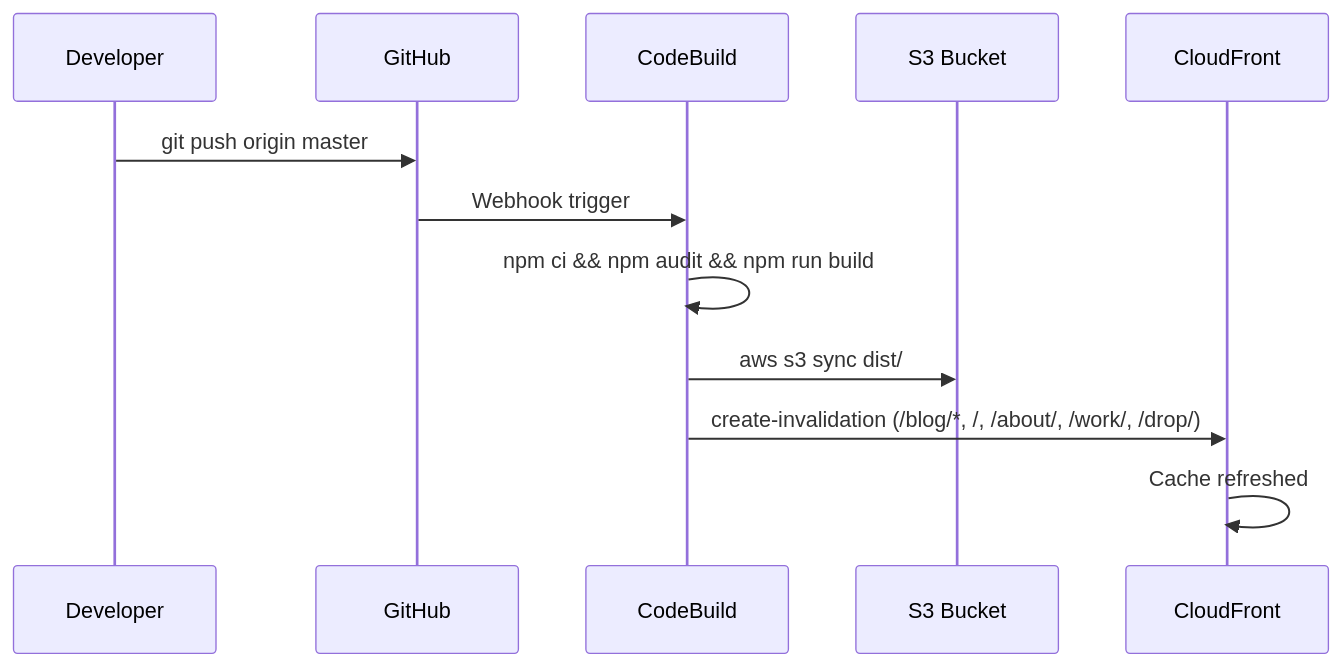
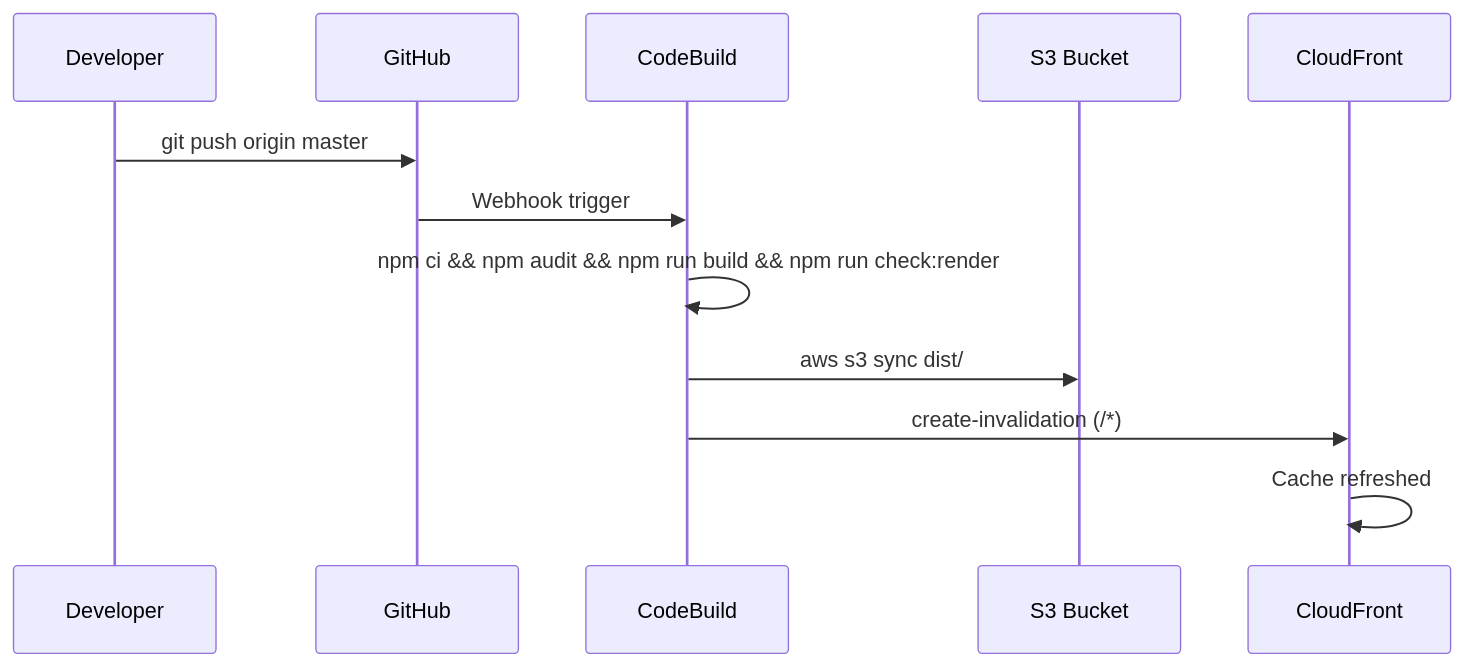
One commit to kzaky/khaledzaky.com changed the third of 5 diagrams in README.md. Above: the diagram before and after it, drawn with Mermaid. The commit also changed other lines of this file, not shown here.

Commit message:
docs(readme): current pipeline, costs, alarms; drop private page details

````diff
--- a/README.md
+++ b/README.md
@@ -160,15 +186,15 @@
 ```mermaid
 sequenceDiagram
     participant Dev as Developer
     participant GH as GitHub
     participant CB as CodeBuild
     participant S3 as S3 Bucket
     participant CF as CloudFront
 
     Dev->>GH: git push origin master
     GH->>CB: Webhook trigger
-    CB->>CB: npm ci && npm audit && npm run build
+    CB->>CB: npm ci && npm audit && npm run build && npm run check:render
     CB->>S3: aws s3 sync dist/
-    CB->>CF: create-invalidation (/blog/*, /, /about/, /work/, /drop/)
+    CB->>CF: create-invalidation (/*)
     CF->>CF: Cache refreshed
 ```
````
